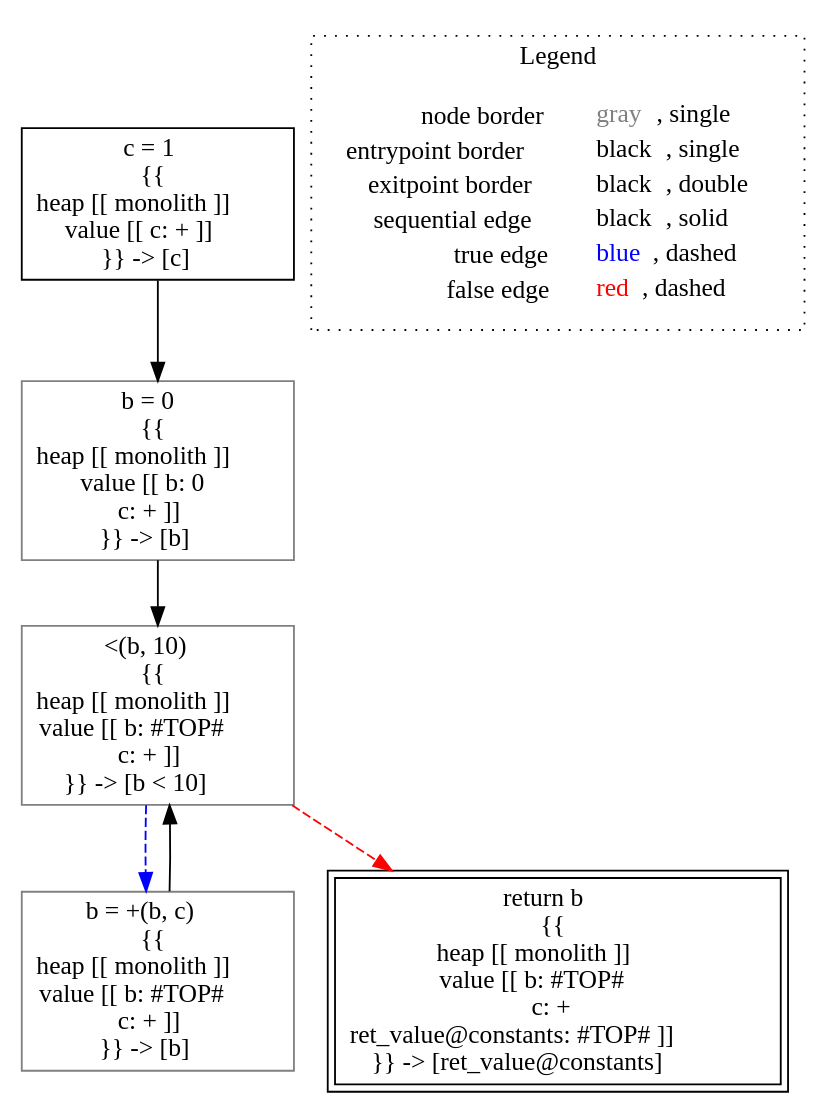
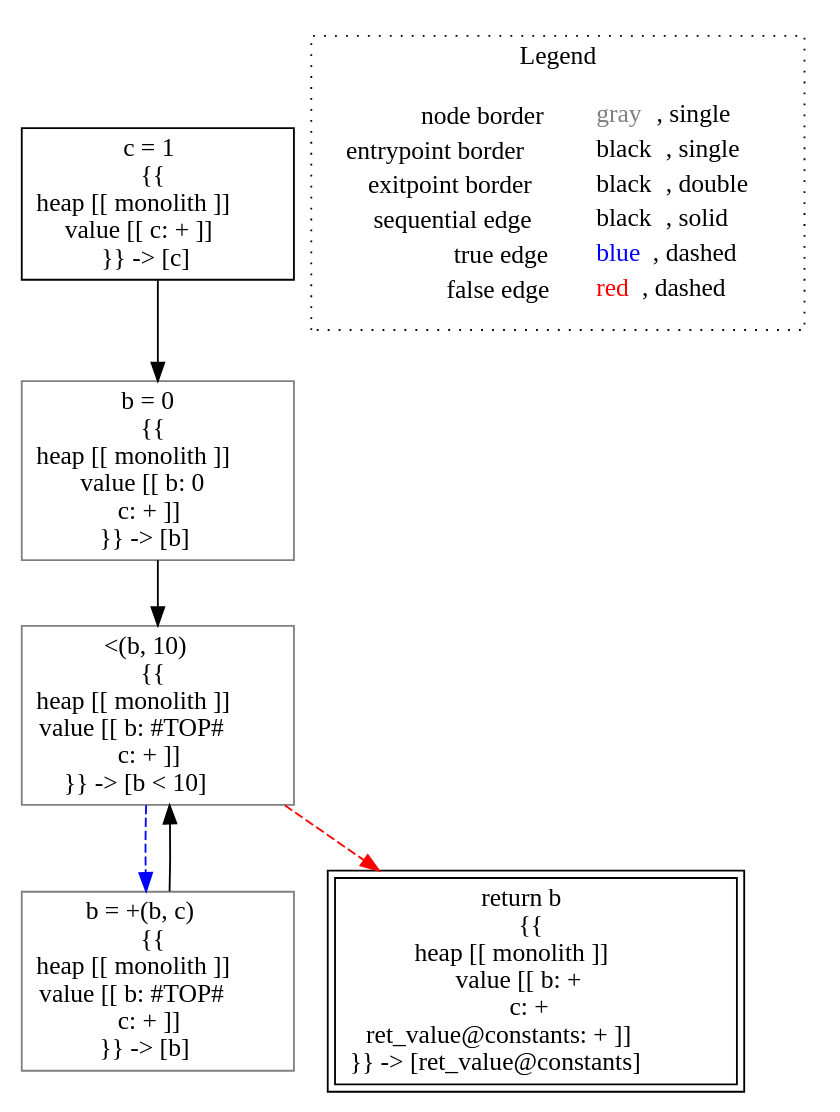
The diagram in lisa/imp-testcases/sign/analysis___untyped_tutorial.constants(tutorial_this).dot (lisa-analyzer/lisa), drawn with Graphviz before and after one commit. The commit also changed 14 other files, not shown here.

```diff
--- a/lisa/imp-testcases/sign/analysis___untyped_tutorial.constants(tutorial_this).dot
+++ b/lisa/imp-testcases/sign/analysis___untyped_tutorial.constants(tutorial_this).dot
@@ -1,19 +1,19 @@
 digraph {
 	"node0" [shape="rect",color="black",label=<c = 1<BR/>{{<BR/>heap [[ monolith ]]<BR/>value [[ c: + ]]<BR/>}} -&gt; [c]>];
-	"node1" [shape="rect",color="gray",label=<b = +(b, c)<BR/>{{<BR/>heap [[ monolith ]]<BR/>value [[ b: #TOP#<BR/>c: + ]]<BR/>}} -&gt; [b]>];
-	"node2" [shape="rect",color="black",peripheries="2",label=<return b<BR/>{{<BR/>heap [[ monolith ]]<BR/>value [[ b: #TOP#<BR/>c: +<BR/>ret_value@constants: #TOP# ]]<BR/>}} -&gt; [ret_value@constants]>];
-	"node3" [shape="rect",color="gray",label=<&lt;(b, 10)<BR/>{{<BR/>heap [[ monolith ]]<BR/>value [[ b: #TOP#<BR/>c: + ]]<BR/>}} -&gt; [b &lt; 10]>];
-	"node4" [shape="rect",color="gray",label=<b = 0<BR/>{{<BR/>heap [[ monolith ]]<BR/>value [[ b: 0<BR/>c: + ]]<BR/>}} -&gt; [b]>];
-	"node0" -> "node4" [color="black"];
-	"node1" -> "node3" [color="black"];
-	"node3" -> "node1" [color="blue",style="dashed"];
-	"node3" -> "node2" [color="red",style="dashed"];
-	"node4" -> "node3" [color="black"];
+	"node1" [shape="rect",color="gray",label=<&lt;(b, 10)<BR/>{{<BR/>heap [[ monolith ]]<BR/>value [[ b: #TOP#<BR/>c: + ]]<BR/>}} -&gt; [b &lt; 10]>];
+	"node2" [shape="rect",color="gray",label=<b = +(b, c)<BR/>{{<BR/>heap [[ monolith ]]<BR/>value [[ b: #TOP#<BR/>c: + ]]<BR/>}} -&gt; [b]>];
+	"node3" [shape="rect",color="gray",label=<b = 0<BR/>{{<BR/>heap [[ monolith ]]<BR/>value [[ b: 0<BR/>c: + ]]<BR/>}} -&gt; [b]>];
+	"node4" [shape="rect",color="black",peripheries="2",label=<return b<BR/>{{<BR/>heap [[ monolith ]]<BR/>value [[ b: +<BR/>c: +<BR/>ret_value@constants: + ]]<BR/>}} -&gt; [ret_value@constants]>];
+	"node1" -> "node2" [color="blue",style="dashed"];
+	"node1" -> "node4" [color="red",style="dashed"];
+	"node2" -> "node1" [color="black"];
+	"node3" -> "node1" [color="black"];
+	"node0" -> "node3" [color="black"];
 subgraph cluster_legend {
 	label="Legend";
 	style=dotted;
 	node [shape=plaintext];
 	"legend" [label=<<table border="0" cellpadding="2" cellspacing="0" cellborder="0"><tr><td align="right">node border&nbsp;</td><td align="left"><font color="gray">gray</font>, single</td></tr><tr><td align="right">entrypoint border&nbsp;</td><td align="left"><font color="black">black</font>, single</td></tr><tr><td align="right">exitpoint border&nbsp;</td><td align="left"><font color="black">black</font>, double</td></tr><tr><td align="right">sequential edge&nbsp;</td><td align="left"><font color="black">black</font>, solid</td></tr><tr><td align="right">true edge&nbsp;</td><td align="left"><font color="blue">blue</font>, dashed</td></tr><tr><td align="right">false edge&nbsp;</td><td align="left"><font color="red">red</font>, dashed</td></tr></table>>];
 }
 
 }
```
